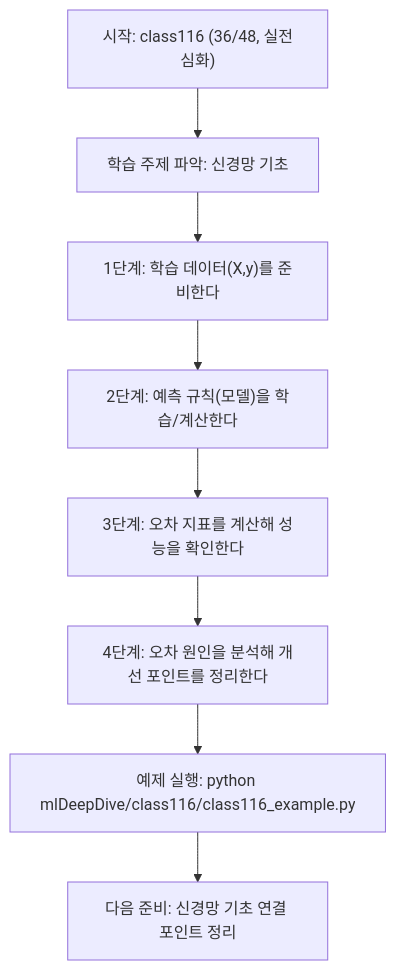
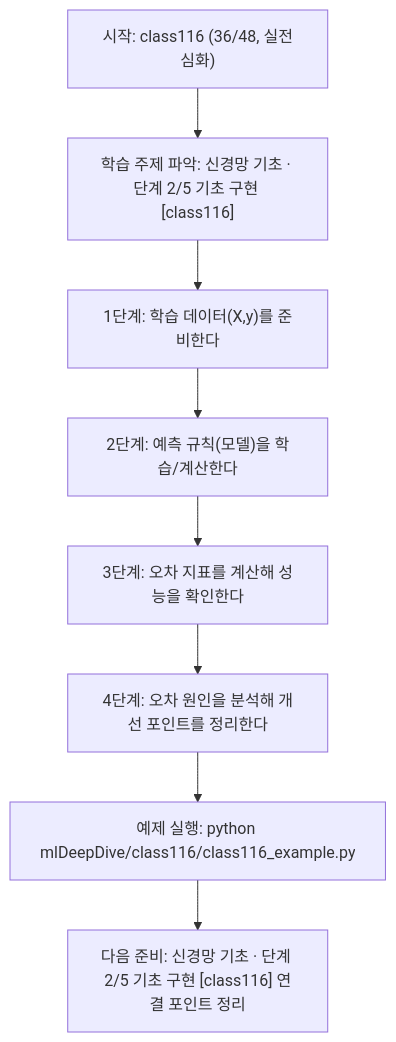
The diagram in mlDeepDive/class116/class116.md (edumgt/Python-AI_Agent-Class), drawn with Mermaid before and after one commit. The commit also changed other lines of this file and 522 other files, not shown here.

````diff
--- a/mlDeepDive/class116/class116.md
+++ b/mlDeepDive/class116/class116.md
@@ -108,18 +109,18 @@
 ```mermaid
 flowchart TD
 N1["시작: class116 (36/48, 실전심화)"]
-N2["학습 주제 파악: 신경망 기초"]
+N2["학습 주제 파악: 신경망 기초 · 단계 2/5 기초 구현 [class116]"]
 N3["1단계: 학습 데이터(X,y)를 준비한다"]
 N4["2단계: 예측 규칙(모델)을 학습/계산한다"]
 N5["3단계: 오차 지표를 계산해 성능을 확인한다"]
 N6["4단계: 오차 원인을 분석해 개선 포인트를 정리한다"]
 N7["예제 실행: python mlDeepDive/class116/class116_example.py"]
-N8["다음 준비: 신경망 기초 연결 포인트 정리"]
+N8["다음 준비: 신경망 기초 · 단계 2/5 기초 구현 [class116] 연결 포인트 정리"]
 N1 --> N2
 N2 --> N3
 N3 --> N4
 N4 --> N5
 N5 --> N6
 N6 --> N7
 N7 --> N8
 ```
````
